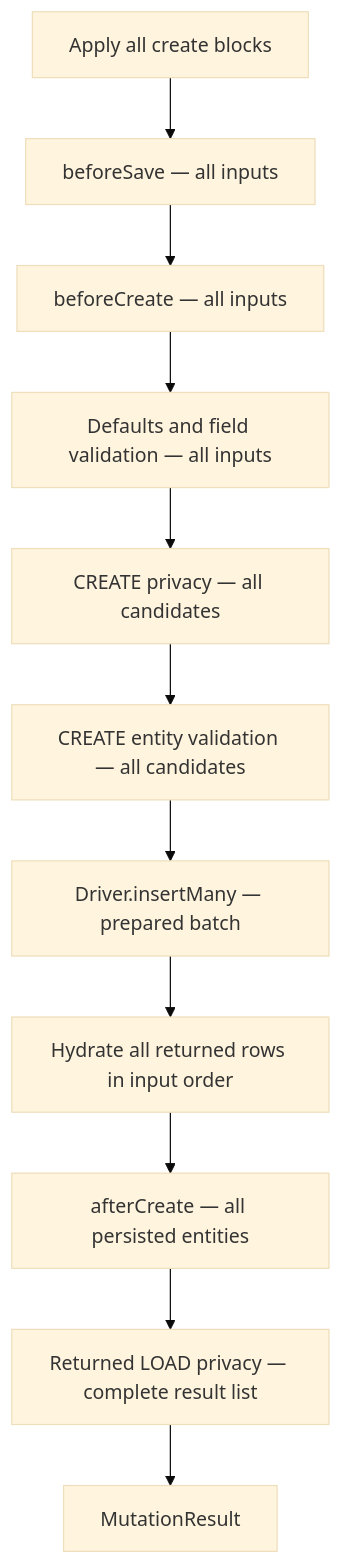
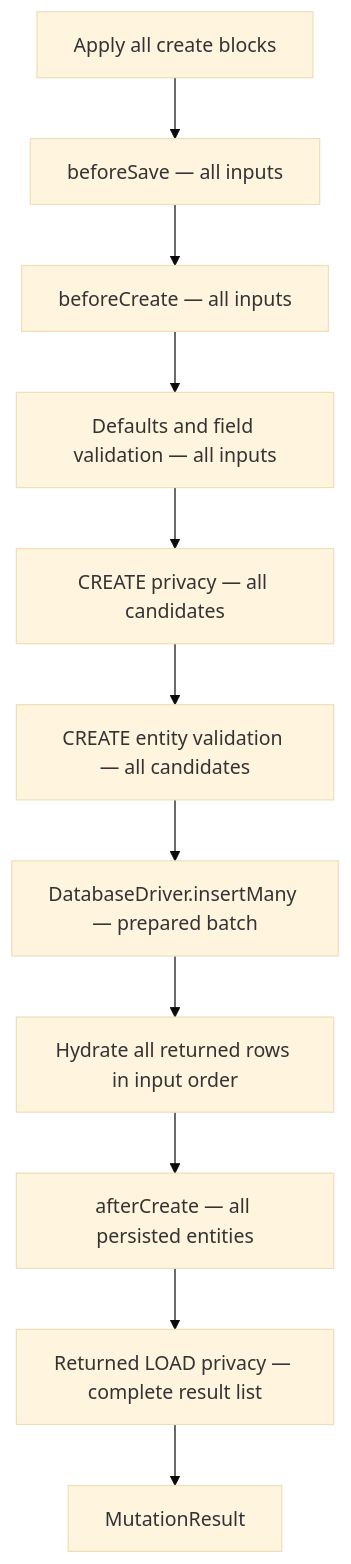
One commit to CaseyMcGuire/EntKt changed the fifth of 6 diagrams in docs/operation-lifecycle.md. Above: the diagram before and after it, drawn with Mermaid (base theme). The commit also changed other lines of this file and 62 other files, not shown here.

Commit message:
Rename Driver to DatabaseDriver

````diff
--- a/docs/operation-lifecycle.md
+++ b/docs/operation-lifecycle.md
@@ -232,13 +232,13 @@
 ```mermaid
 flowchart TD
     blocks["Apply all create blocks"] --> beforeSave["beforeSave — all inputs"]
     beforeSave --> beforeCreate["beforeCreate — all inputs"]
     beforeCreate --> fields["Defaults and field validation — all inputs"]
     fields --> privacy["CREATE privacy — all candidates"]
     privacy --> validation["CREATE entity validation — all candidates"]
-    validation --> insert["Driver.insertMany — prepared batch"]
+    validation --> insert["DatabaseDriver.insertMany — prepared batch"]
     insert --> hydrate["Hydrate all returned rows in input order"]
     hydrate --> after["afterCreate — all persisted entities"]
     after --> load["Returned LOAD privacy — complete result list"]
     load --> result["MutationResult"]
 ```
````
